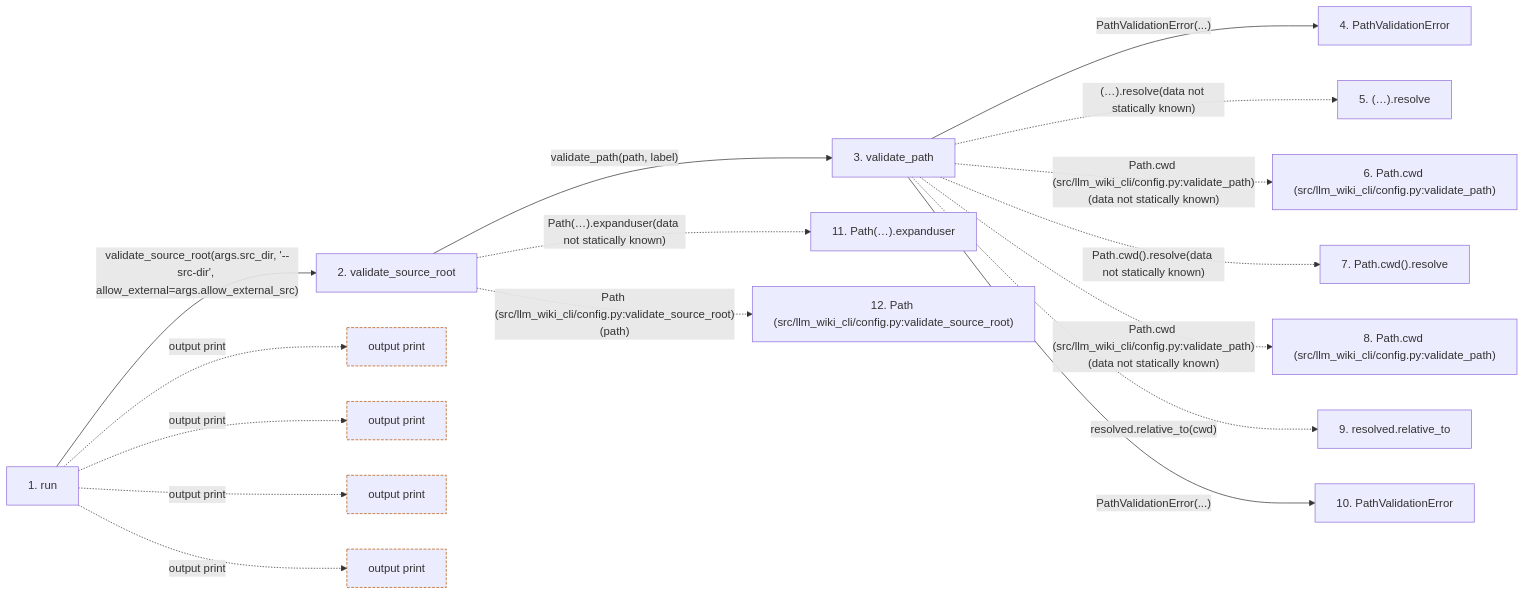
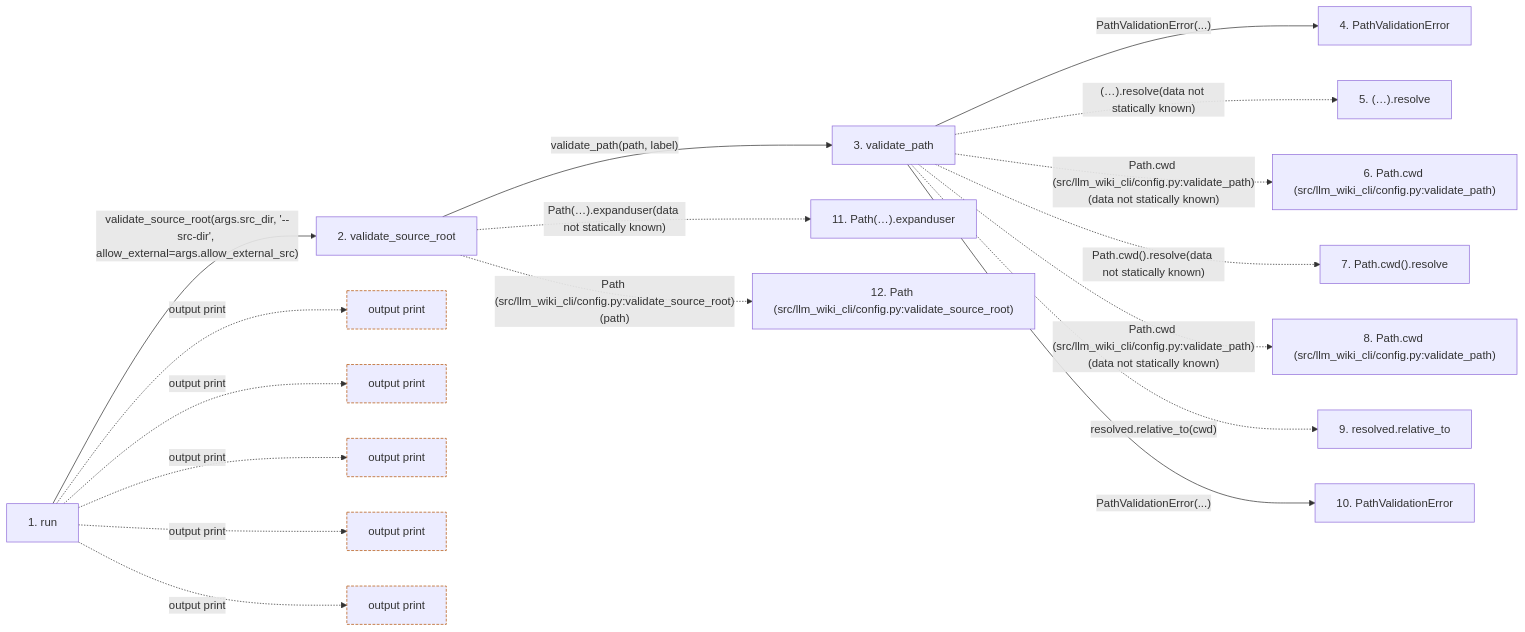
One commit to Denissvgn/python-wiki-llm changed the second of 2 diagrams in docs/llm_wiki/flows/cli-search.md. Above: the diagram before and after it, drawn with Mermaid. The commit also changed other lines of this file and 450 other files, not shown here.

````diff
--- a/docs/llm_wiki/flows/cli-search.md
+++ b/docs/llm_wiki/flows/cli-search.md
@@ -89,44 +88,47 @@
 ```mermaid
 flowchart LR
     s1["1. run"]
     s2["2. validate_source_root"]
     s3["3. validate_path"]
     s4["4. PathValidationError"]
     s5["5. (…).resolve"]
     s6["6. Path.cwd (src/llm_wiki_cli/config.py:validate_path)"]
     s7["7. Path.cwd().resolve"]
     s8["8. Path.cwd (src/llm_wiki_cli/config.py:validate_path)"]
     s9["9. resolved.relative_to"]
     s10["10. PathValidationError"]
     s11["11. Path(…).expanduser"]
     s12["12. Path (src/llm_wiki_cli/config.py:validate_source_root)"]
     s1 -->|"validate_source_root(args.src_dir, '--src-dir', allow_external=args.allow_external_src)"| s2
     s2 -->|"validate_path(path, label)"| s3
     s3 -->|"PathValidationError(...)"| s4
     s3 -. "(…).resolve(data not statically known)" .-> s5
     s3 -. "Path.cwd (src/llm_wiki_cli/config.py:validate_path)(data not statically known)" .-> s6
     s3 -. "Path.cwd().resolve(data not statically known)" .-> s7
     s3 -. "Path.cwd (src/llm_wiki_cli/config.py:validate_path)(data not statically known)" .-> s8
     s3 -. "resolved.relative_to(cwd)" .-> s9
     s3 -->|"PathValidationError(...)"| s10
     s2 -. "Path(…).expanduser(data not statically known)" .-> s11
     s2 -. "Path (src/llm_wiki_cli/config.py:validate_source_root)(path)" .-> s12
     b0["output print"]
     s1 -. "output print" .-> b0
     b1["output print"]
     s1 -. "output print" .-> b1
     b2["output print"]
     s1 -. "output print" .-> b2
     b3["output print"]
     s1 -. "output print" .-> b3
+    b4["output print"]
+    s1 -. "output print" .-> b4
     click s1 "../modules/search_cmd.md"
     click s2 "../modules/config.md"
     click s3 "../modules/config.md"
     click s4 "../modules/config.md"
     click s10 "../modules/config.md"
     classDef boundary stroke:#b45309,stroke-dasharray: 4 2
     class b0 boundary
     class b1 boundary
     class b2 boundary
     class b3 boundary
+    class b4 boundary
 ```
````
